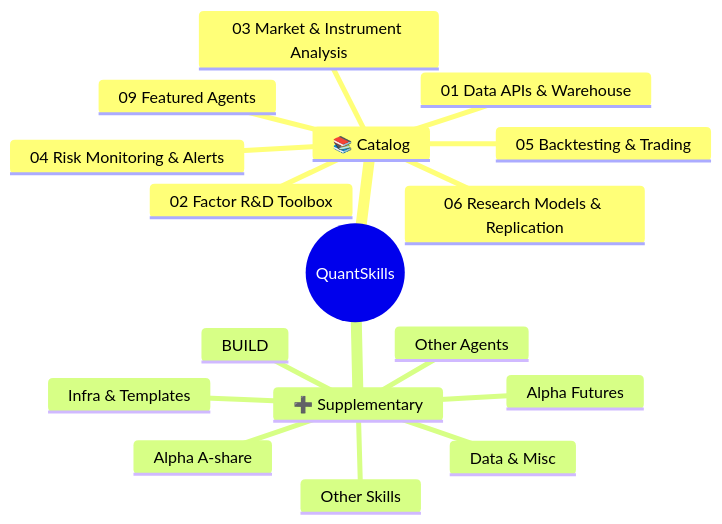
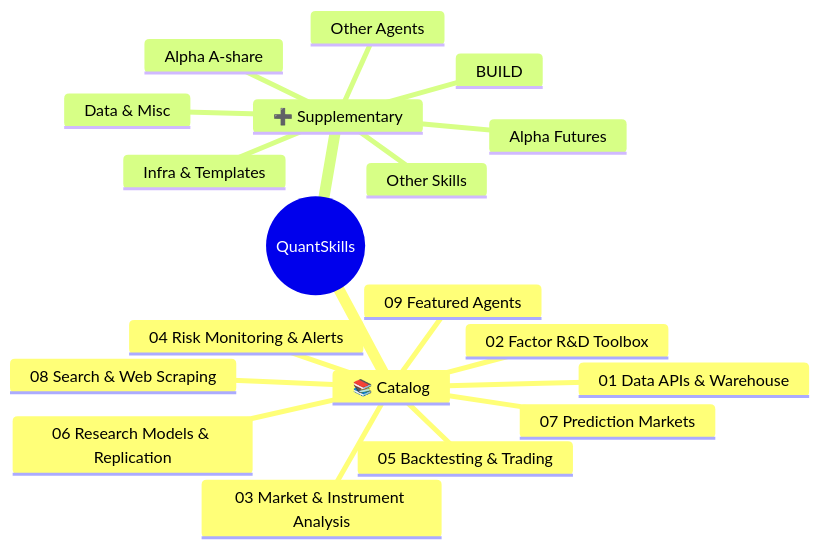
One commit to quantskills/quantskills changed the diagram in README.en.md. Above: the diagram before and after it, drawn with Mermaid. The commit also changed other lines of this file and 3 other files, not shown here.

````diff
--- a/README.en.md
+++ b/README.en.md
@@ -12,20 +12,22 @@
 ```mermaid
 mindmap
   root((QuantSkills))
     📚 Catalog
       01 Data APIs & Warehouse
       02 Factor R&D Toolbox
       03 Market & Instrument Analysis
       04 Risk Monitoring & Alerts
       05 Backtesting & Trading
       06 Research Models & Replication
+      07 Prediction Markets
+      08 Search & Web Scraping
       09 Featured Agents
     ➕ Supplementary
       Alpha A-share
       Alpha Futures
       BUILD
       Other Skills
       Other Agents
       Data & Misc
       Infra & Templates
 ```
````
